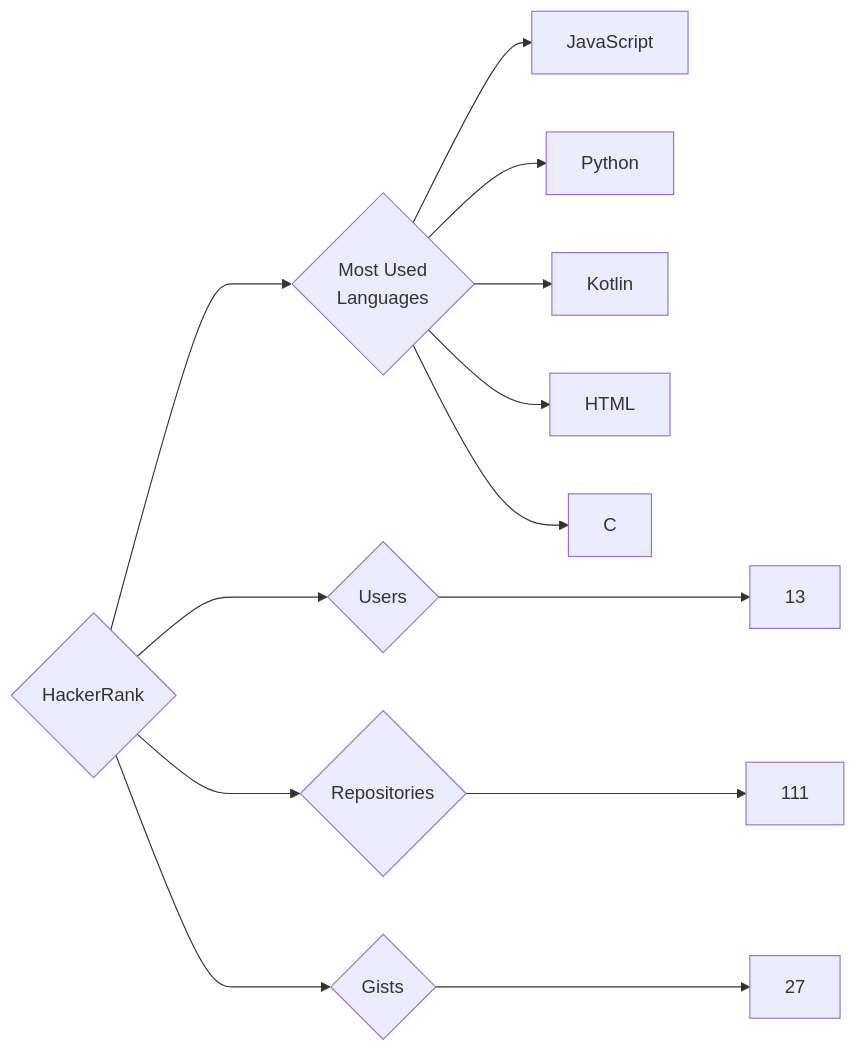
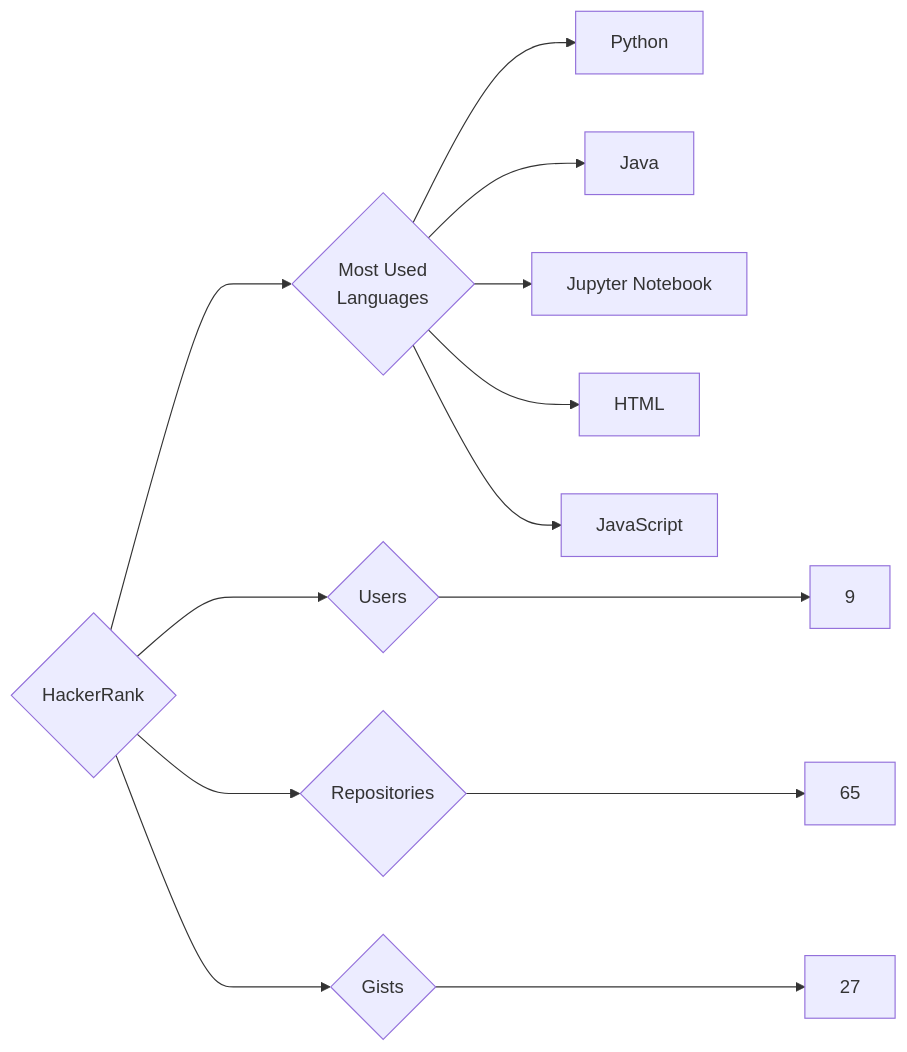
Before and after one commit to trickest/insiders: the diagram in targets/HackerRank/README.md, drawn with Mermaid. The commit also changed 815 other files, not shown here.

````diff
--- a/targets/HackerRank/README.md
+++ b/targets/HackerRank/README.md
@@ -3,13 +3,13 @@
 ```mermaid
 graph LR
 COMPANY_NAME{HackerRank}
-COMPANY_NAME ---> U{Users} ---> UN[13]
-COMPANY_NAME ---> R{Repositories} ---> RN[111]
+COMPANY_NAME ---> U{Users} ---> UN[9]
+COMPANY_NAME ---> R{Repositories} ---> RN[65]
 COMPANY_NAME ---> G{Gists} ---> GN[27]
 COMPANY_NAME ---> ML{Most Used<br>Languages}
+ML --> Python[Python]
+ML --> Java[Java]
+ML --> Jupyter_Notebook[Jupyter Notebook]
+ML --> HTML[HTML]
 ML --> JavaScript[JavaScript]
-ML --> Python[Python]
-ML --> Kotlin[Kotlin]
-ML --> HTML[HTML]
-ML --> C[C]
 ```
````
